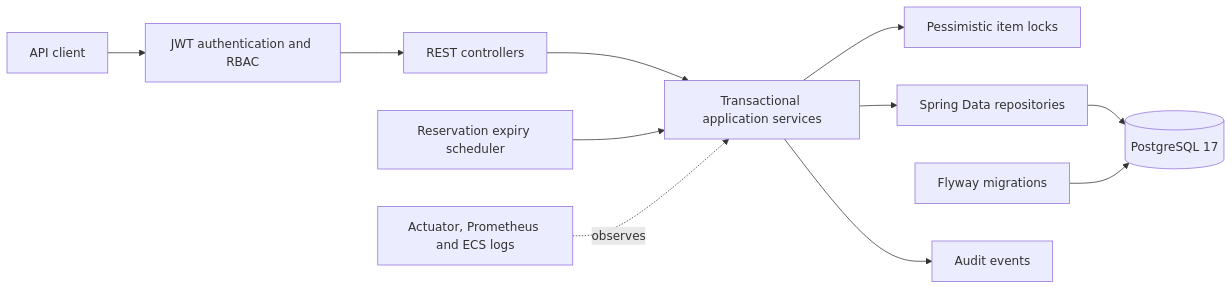
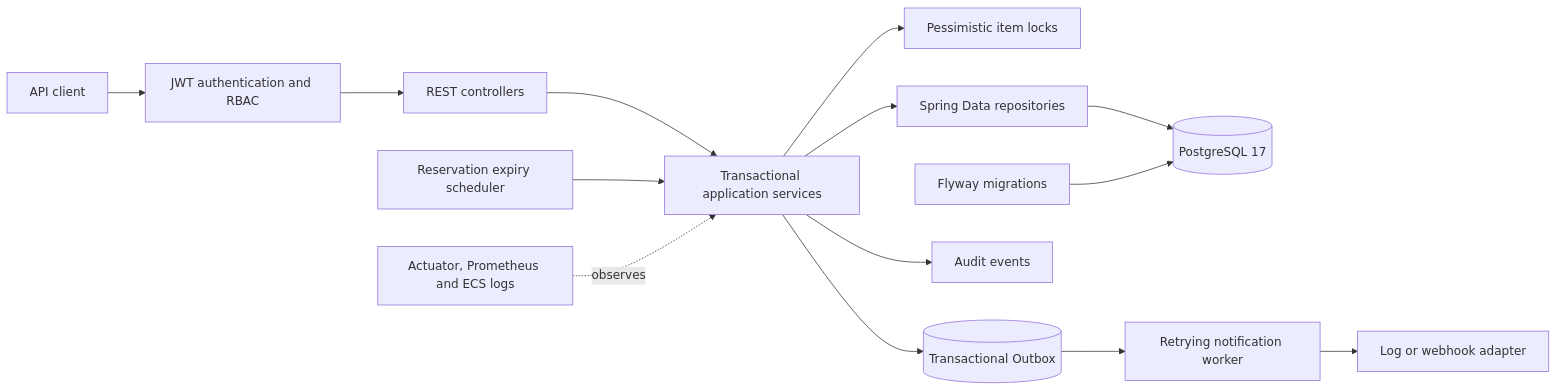
One commit to ricardoportoIE/resource-lending-api changed the first of 2 diagrams in readme.md. Above: the diagram before and after it, drawn with Mermaid. The commit also changed other lines of this file and 25 other files, not shown here.

Commit message:
feat: add transactional outbox notifications

````diff
--- a/readme.md
+++ b/readme.md
@@ -32,13 +33,16 @@
 ```mermaid
 flowchart LR
     Client[API client] --> Security[JWT authentication and RBAC]
     Security --> Controllers[REST controllers]
     Controllers --> Services[Transactional application services]
     Services --> Locks[Pessimistic item locks]
     Services --> Repositories[Spring Data repositories]
     Repositories --> DB[(PostgreSQL 17)]
     Flyway[Flyway migrations] --> DB
     Services --> Audit[Audit events]
+    Services --> Outbox[(Transactional Outbox)]
+    Outbox --> Worker[Retrying notification worker]
+    Worker --> External[Log or webhook adapter]
     Scheduler[Reservation expiry scheduler] --> Services
     Observability[Actuator, Prometheus and ECS logs] -. observes .-> Services
 ```
````
